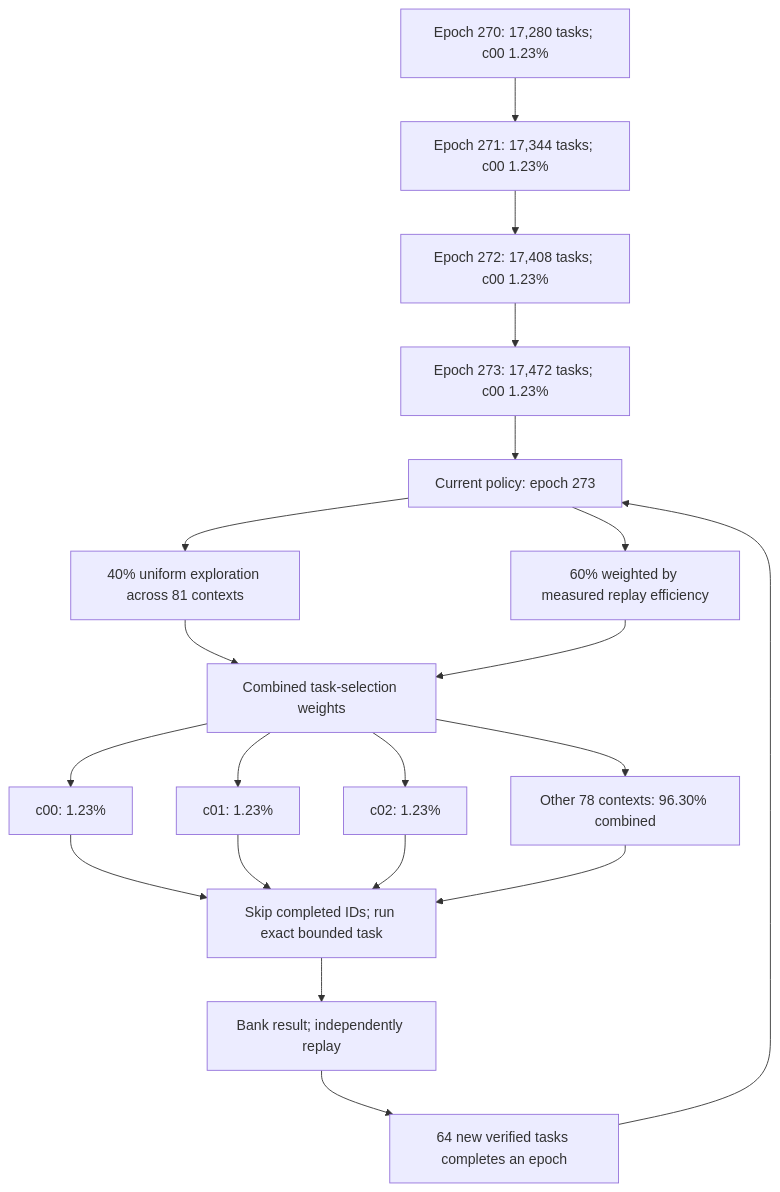
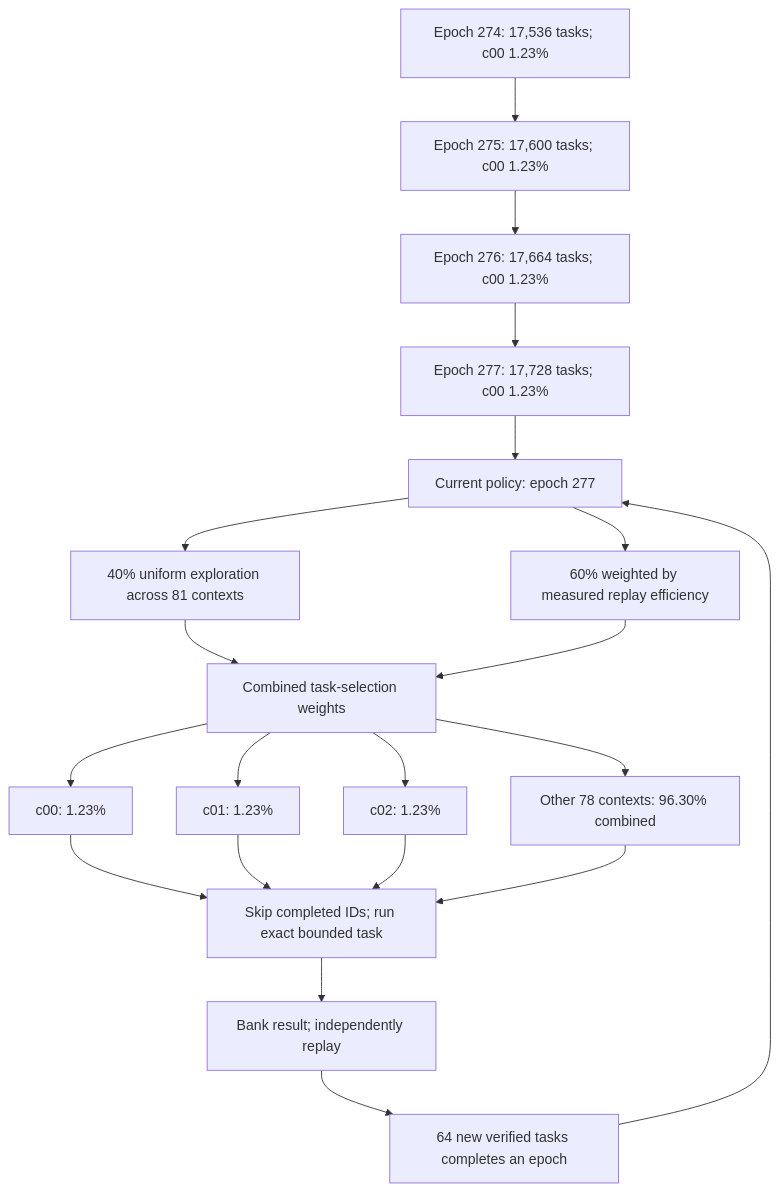
Before and after one commit to Kuberwastaken/math-gambling: the first of 2 diagrams in README.md, drawn with Mermaid. The commit also changed other lines of this file and 595 other files, not shown here.

````diff
--- a/README.md
+++ b/README.md
@@ -49,27 +49,27 @@
 ```mermaid
 flowchart TD
-    H0["Epoch 270: 17,280 tasks; c00 1.23%"]
-    H1["Epoch 271: 17,344 tasks; c00 1.23%"]
+    H0["Epoch 274: 17,536 tasks; c00 1.23%"]
+    H1["Epoch 275: 17,600 tasks; c00 1.23%"]
     H0 --> H1
-    H2["Epoch 272: 17,408 tasks; c00 1.23%"]
+    H2["Epoch 276: 17,664 tasks; c00 1.23%"]
     H1 --> H2
-    H3["Epoch 273: 17,472 tasks; c00 1.23%"]
+    H3["Epoch 277: 17,728 tasks; c00 1.23%"]
     H2 --> H3
-    Policy["Current policy: epoch 273"]
+    Policy["Current policy: epoch 277"]
     H3 --> Policy
     Policy --> Explore["40% uniform exploration across 81 contexts"]
     Policy --> Cost["60% weighted by measured replay efficiency"]
     Explore --> Mix["Combined task-selection weights"]
     Cost --> Mix
     Mix --> C0["c00: 1.23%"]
     Mix --> C1["c01: 1.23%"]
     Mix --> C2["c02: 1.23%"]
     Mix --> Rest["Other 78 contexts: 96.30% combined"]
     C0 --> Check["Skip completed IDs; run exact bounded task"]
     C1 --> Check
     C2 --> Check
     Rest --> Check
     Check --> Replay["Bank result; independently replay"]
     Replay --> Gate["64 new verified tasks completes an epoch"]
     Gate --> Policy
 ```
````
